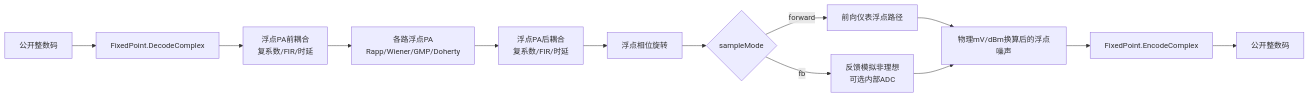
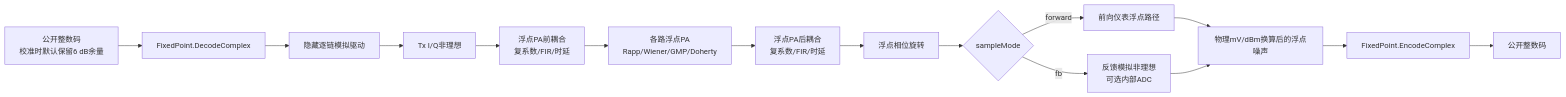
The third of 4 diagrams in doc/FixedPoint.md (niyilu45/DPD_ILC), drawn with Mermaid before and after one commit. The commit also changed other lines of this file and 15 other files, not shown here.

````diff
--- a/doc/FixedPoint.md
+++ b/doc/FixedPoint.md
@@ -205,15 +210,17 @@
 ```mermaid
 flowchart LR
-    publicInput["公开整数码"] --> decode["FixedPoint.DecodeComplex"]
-    decode --> pre["浮点PA前耦合<br/>复系数/FIR/时延"]
+    publicInput["公开整数码<br/>校准时默认保留6 dB余量"] --> decode["FixedPoint.DecodeComplex"]
+    decode --> analogDrive["隐藏逐链模拟驱动"]
+    analogDrive --> txIq["Tx I/Q非理想"]
+    txIq --> pre["浮点PA前耦合<br/>复系数/FIR/时延"]
     pre --> pa["各路浮点PA<br/>Rapp/Wiener/GMP/Doherty"]
     pa --> post["浮点PA后耦合<br/>复系数/FIR/时延"]
     post --> phase["浮点相位旋转"]
     phase --> mode{"sampleMode"}
     mode -->|forward| forward["前向仪表浮点路径"]
     mode -->|fb| fb["反馈模拟非理想<br/>可选内部ADC"]
     forward --> noise["物理mV/dBm换算后的浮点噪声"]
     fb --> noise
     noise --> encode["FixedPoint.EncodeComplex"]
     encode --> publicOutput["公开整数码"]
 ```
````
